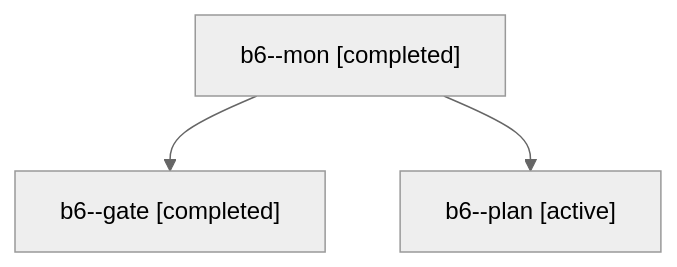
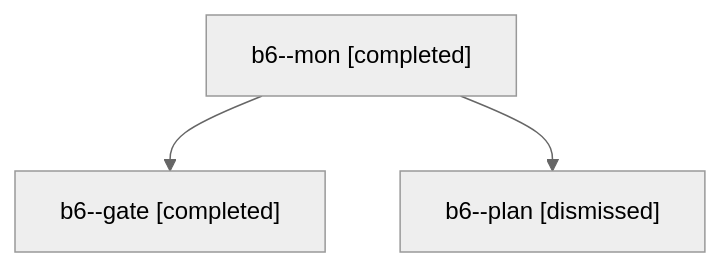
Before and after one commit to bobs-org/bob-cli--agents: the diagram in sessions/bbugyi200.apollo.b6.md, drawn with Mermaid (neutral theme). The commit also changed other lines of this file and 31 other files, not shown here.

````diff
--- a/sessions/bbugyi200.apollo.b6.md
+++ b/sessions/bbugyi200.apollo.b6.md
@@ -9,8 +9,8 @@
 ```mermaid
 flowchart TD
   n0["b6--mon [completed]"]
   n1["b6--gate [completed]"]
   n0 --> n1
-  n2["b6--plan [active]"]
+  n2["b6--plan [dismissed]"]
   n0 --> n2
 ```
````
